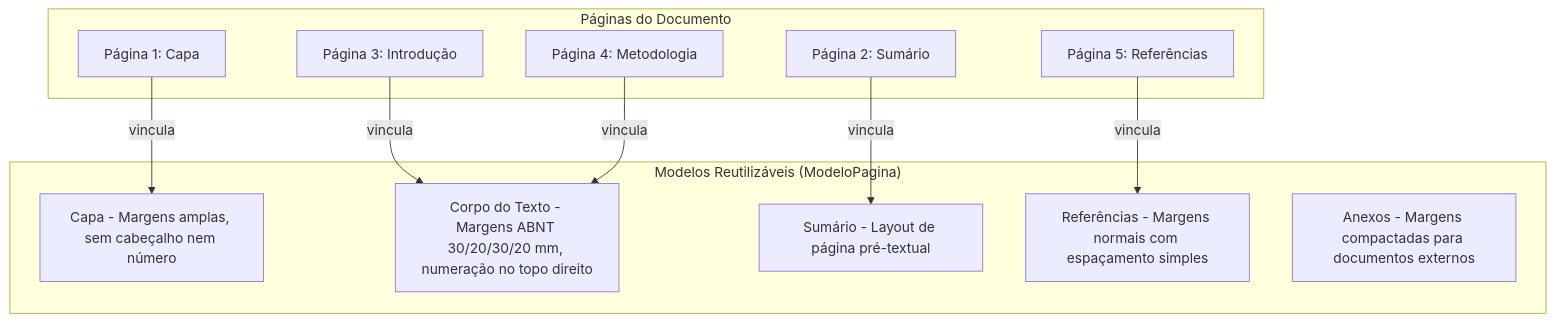
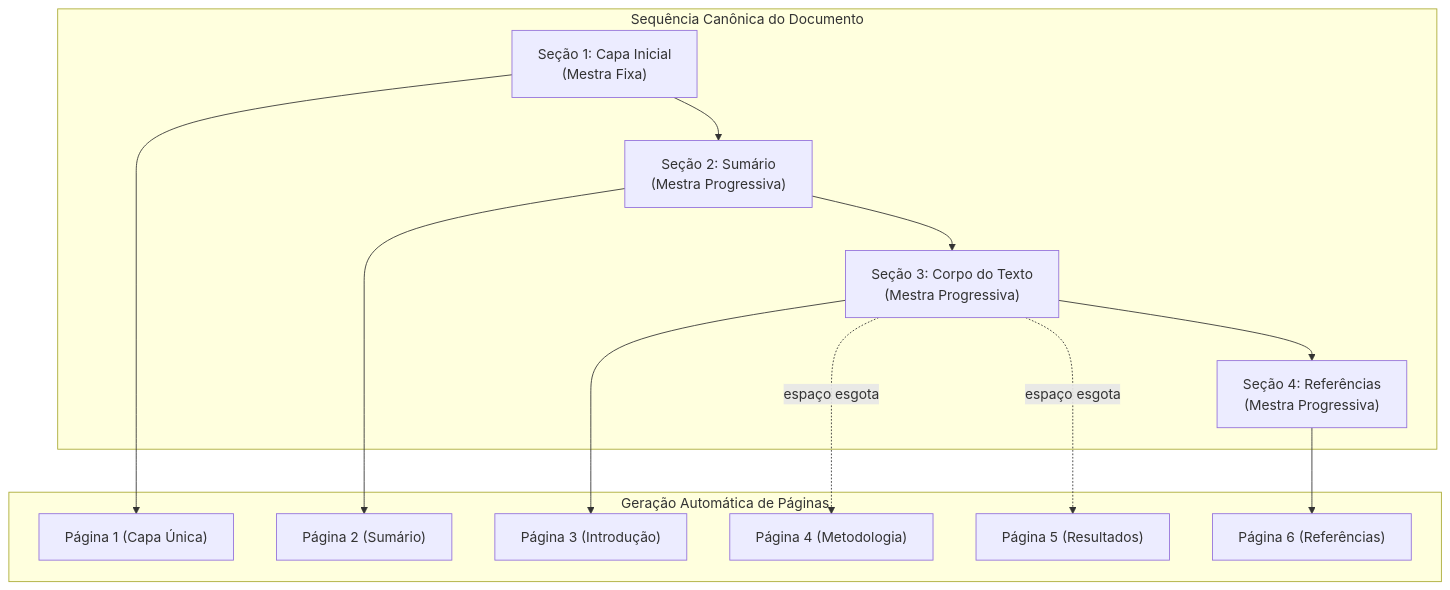
One commit to jeffersonfreireribeiro-hash/Athenes changed the diagram in docs/brain/12 - Paginas, Grid e Modelos.md. Above: the diagram before and after it, drawn with Mermaid. The commit also changed other lines of this file and 14 other files, not shown here.

Commit message:
feat(ui): adotar layout de 3 colunas do Glaux GIS, blocos compostos e numeração automática

````diff
--- a/docs/brain/12 - Paginas, Grid e Modelos.md
+++ b/docs/brain/12 - Paginas, Grid e Modelos.md
@@ -24,18 +24,17 @@
 ```mermaid
 graph TD
-    subgraph Modelos ["Modelos Reutilizáveis (ModeloPagina)"]
-        M1[Capa - Margens amplas, sem cabeçalho nem número]
-        M2[Corpo do Texto - Margens ABNT 30/20/30/20 mm, numeração no topo direito]
-        M3[Sumário - Layout de página pré-textual]
-        M4[Referências - Margens normais com espaçamento simples]
-        M5[Anexos - Margens compactadas para documentos externos]
+    subgraph Secoes ["Sequência Canônica do Documento"]
+        S1["Seção 1: Capa Inicial<br>(Mestra Fixa)"] --> S2["Seção 2: Sumário<br>(Mestra Progressiva)"]
+        S2 --> S3["Seção 3: Corpo do Texto<br>(Mestra Progressiva)"]
+        S3 --> S4["Seção 4: Referências<br>(Mestra Progressiva)"]
     end
 
-    subgraph Folhas ["Páginas do Documento"]
-        P1[Página 1: Capa] -->|vincula| M1
-        P2[Página 2: Sumário] -->|vincula| M3
-        P3[Página 3: Introdução] -->|vincula| M2
-        P4[Página 4: Metodologia] -->|vincula| M2
-        P5[Página 5: Referências] -->|vincula| M4
+    subgraph Geracao ["Geração Automática de Páginas"]
+        S1 --> P1["Página 1 (Capa Única)"]
+        S2 --> P2["Página 2 (Sumário)"]
+        S3 --> P3["Página 3 (Introdução)"]
+        S3 -.espaço esgota.-> P4["Página 4 (Metodologia)"]
+        S3 -.espaço esgota.-> P5["Página 5 (Resultados)"]
+        S4 --> P6["Página 6 (Referências)"]
     end
 ```
````
